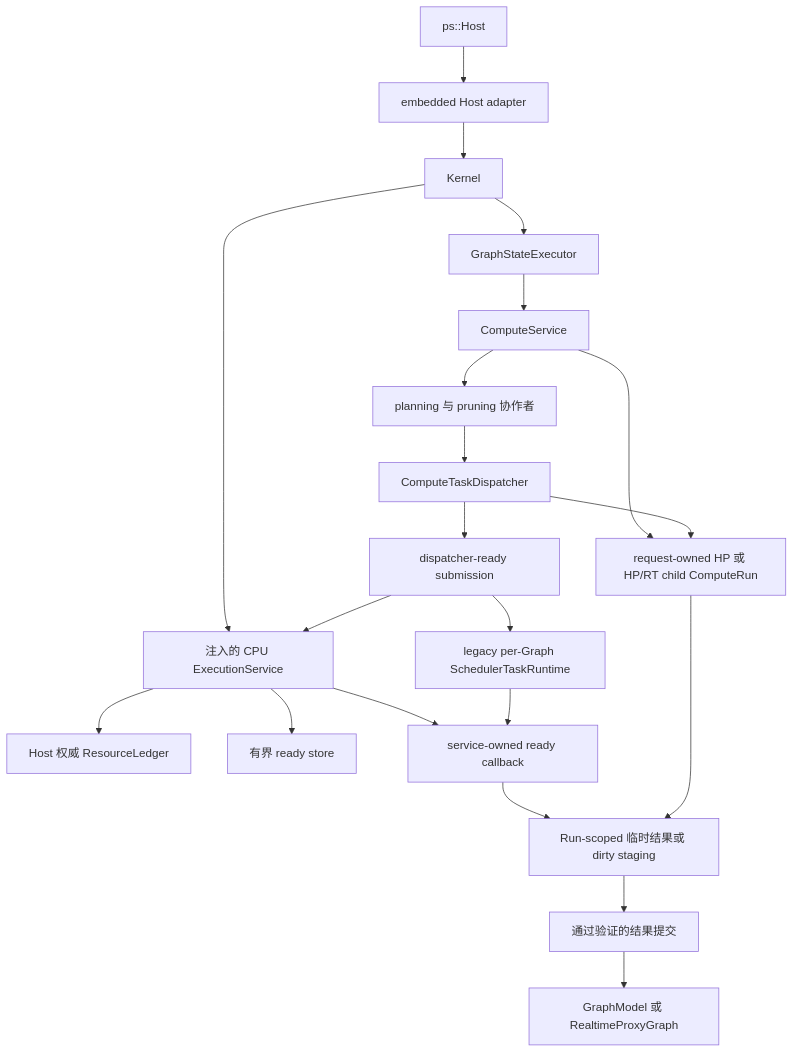
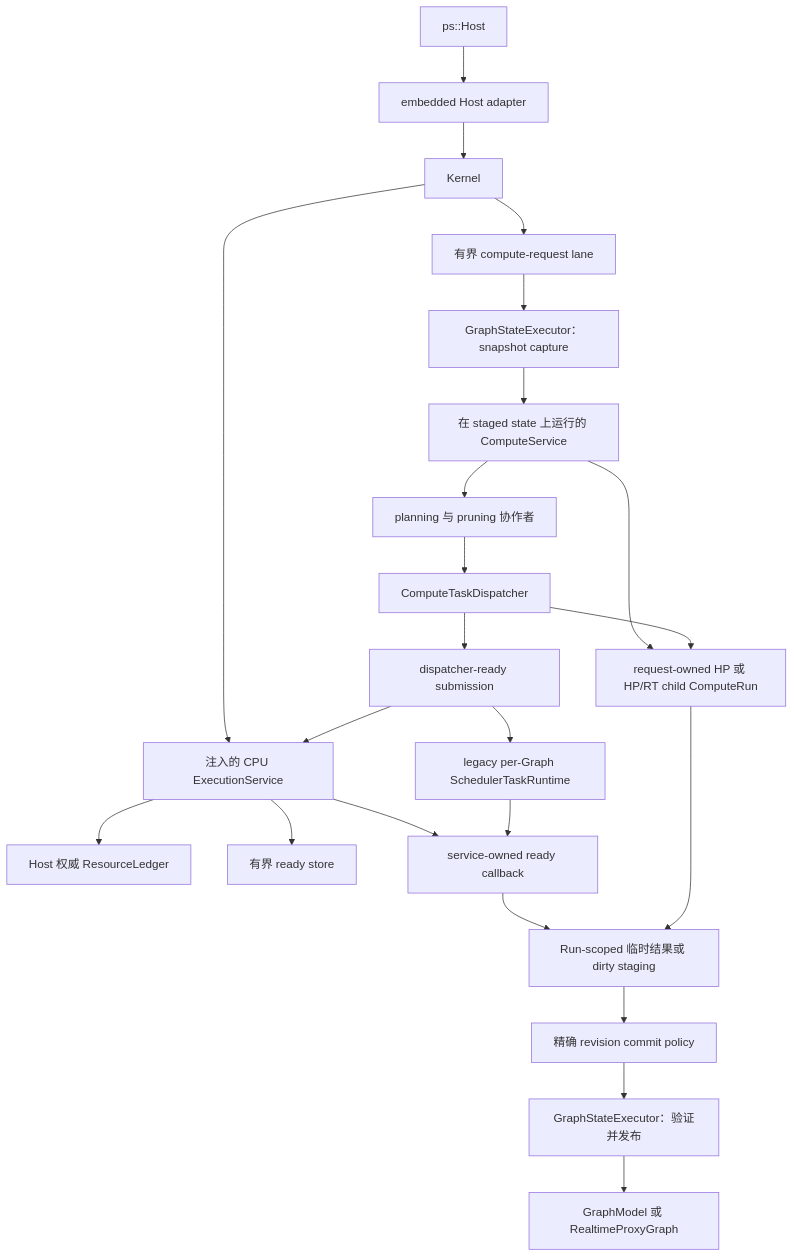
One commit to kevin-zf1123/photospider changed the diagram in docs/kernel-architecture/zh/Compute-Boundaries.zh.md. Above: the diagram before and after it, drawn with Mermaid. The commit also changed other lines of this file and 20 other files, not shown here.

First line of the commit message:
[docs] document revision-safe compute publication

````diff
--- a/docs/kernel-architecture/zh/Compute-Boundaries.zh.md
+++ b/docs/kernel-architecture/zh/Compute-Boundaries.zh.md
@@ -20,23 +20,25 @@
 ```mermaid
 flowchart TD
   HOST["ps::Host"] --> ADAPTER["embedded Host adapter"]
   ADAPTER --> KERNEL["Kernel"]
   KERNEL --> EXEC["注入的 CPU ExecutionService"]
   EXEC --> LEDGER["Host 权威 ResourceLedger"]
   EXEC --> STORE["有界 ready store"]
-  KERNEL --> GSE["GraphStateExecutor"]
-  GSE --> SERVICE["ComputeService"]
+  KERNEL --> REQUEST["有界 compute-request lane"]
+  REQUEST --> CAPTURE["GraphStateExecutor：snapshot capture"]
+  CAPTURE --> SERVICE["在 staged state 上运行的 ComputeService"]
   SERVICE --> RUN["request-owned HP 或 HP/RT child ComputeRun"]
   SERVICE --> PLAN["planning 与 pruning 协作者"]
   PLAN --> DISPATCH["ComputeTaskDispatcher"]
   DISPATCH --> RUN
   DISPATCH --> READY["dispatcher-ready submission"]
   READY --> EXEC
   READY --> RUNTIME["legacy per-Graph SchedulerTaskRuntime"]
   EXEC --> CALLBACK["service-owned ready callback"]
   RUNTIME --> CALLBACK
   CALLBACK --> TEMP["Run-scoped 临时结果或 dirty staging"]
   RUN --> TEMP
-  TEMP --> COMMIT["通过验证的结果提交"]
-  COMMIT --> GRAPH["GraphModel 或 RealtimeProxyGraph"]
+  TEMP --> COMMIT["精确 revision commit policy"]
+  COMMIT --> PUBLISH["GraphStateExecutor：验证并发布"]
+  PUBLISH --> GRAPH["GraphModel 或 RealtimeProxyGraph"]
 ```
````
